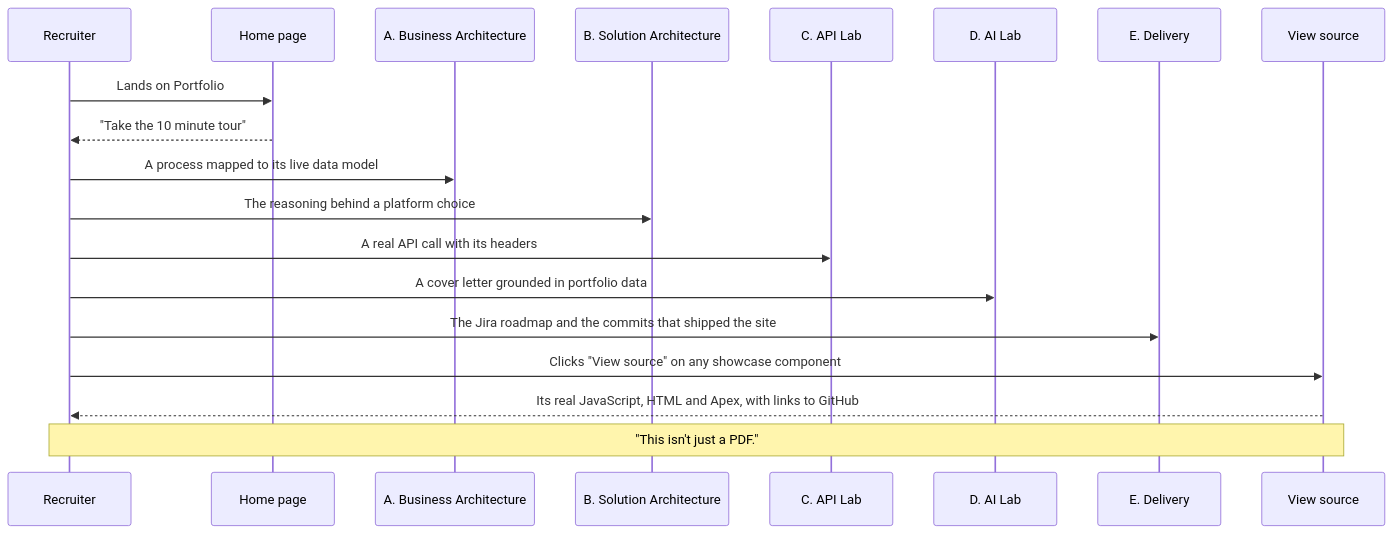
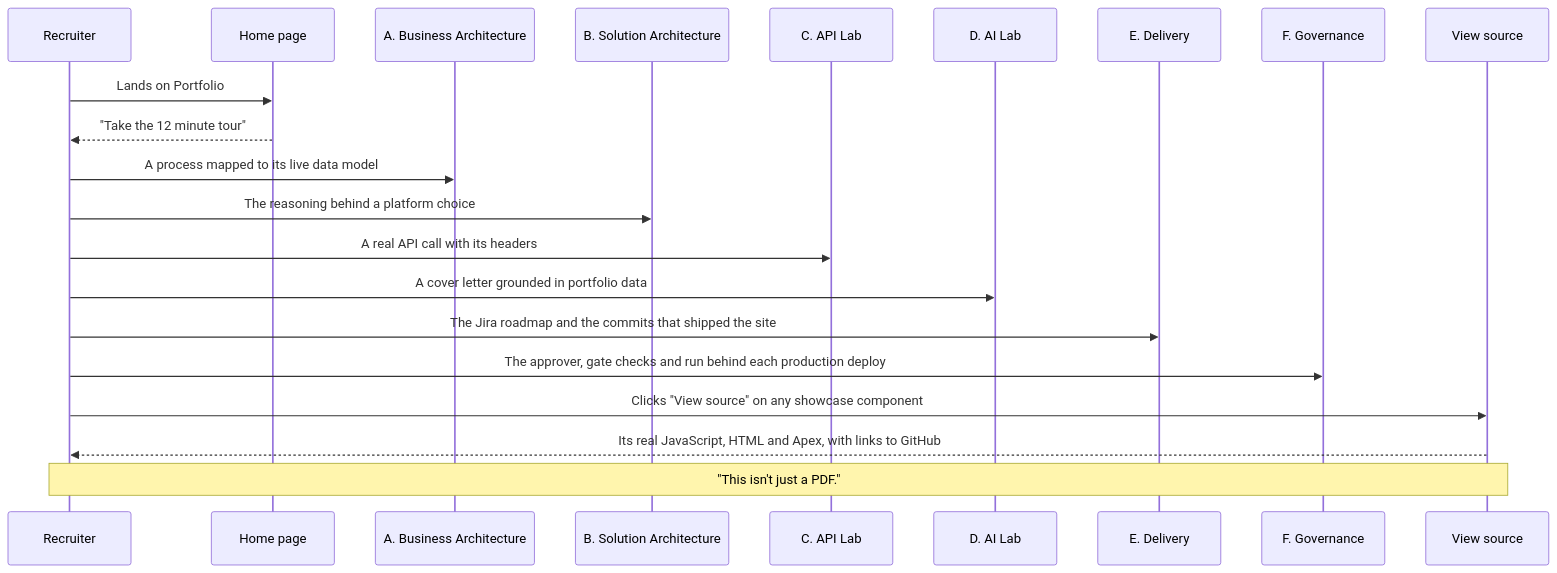
One commit to rdbumstead/salesforce-platform-architect-portfolio changed the diagram in docs/guides/01-Executive-Overview.md. Above: the diagram before and after it, drawn with Mermaid. The commit also changed other lines of this file and 11 other files, not shown here.

Commit message:
docs(governance): add ADR-045 and bring the guides to six pillars and a 12 minute tour

````diff
--- a/docs/guides/01-Executive-Overview.md
+++ b/docs/guides/01-Executive-Overview.md
@@ -55,22 +55,24 @@
 ```mermaid
 sequenceDiagram
     participant R as Recruiter
     participant H as Home page
     participant A as A. Business Architecture
     participant B as B. Solution Architecture
     participant C as C. API Lab
     participant D as D. AI Lab
     participant E as E. Delivery
+    participant G as F. Governance
     participant S as View source
 
     R->>H: Lands on Portfolio
-    H-->>R: "Take the 10 minute tour"
+    H-->>R: "Take the 12 minute tour"
     R->>A: A process mapped to its live data model
     R->>B: The reasoning behind a platform choice
     R->>C: A real API call with its headers
     R->>D: A cover letter grounded in portfolio data
     R->>E: The Jira roadmap and the commits that shipped the site
+    R->>G: The approver, gate checks and run behind each production deploy
     R->>S: Clicks "View source" on any showcase component
     S-->>R: Its real JavaScript, HTML and Apex, with links to GitHub
     Note over R,S: "This isn't just a PDF."
 ```
````
